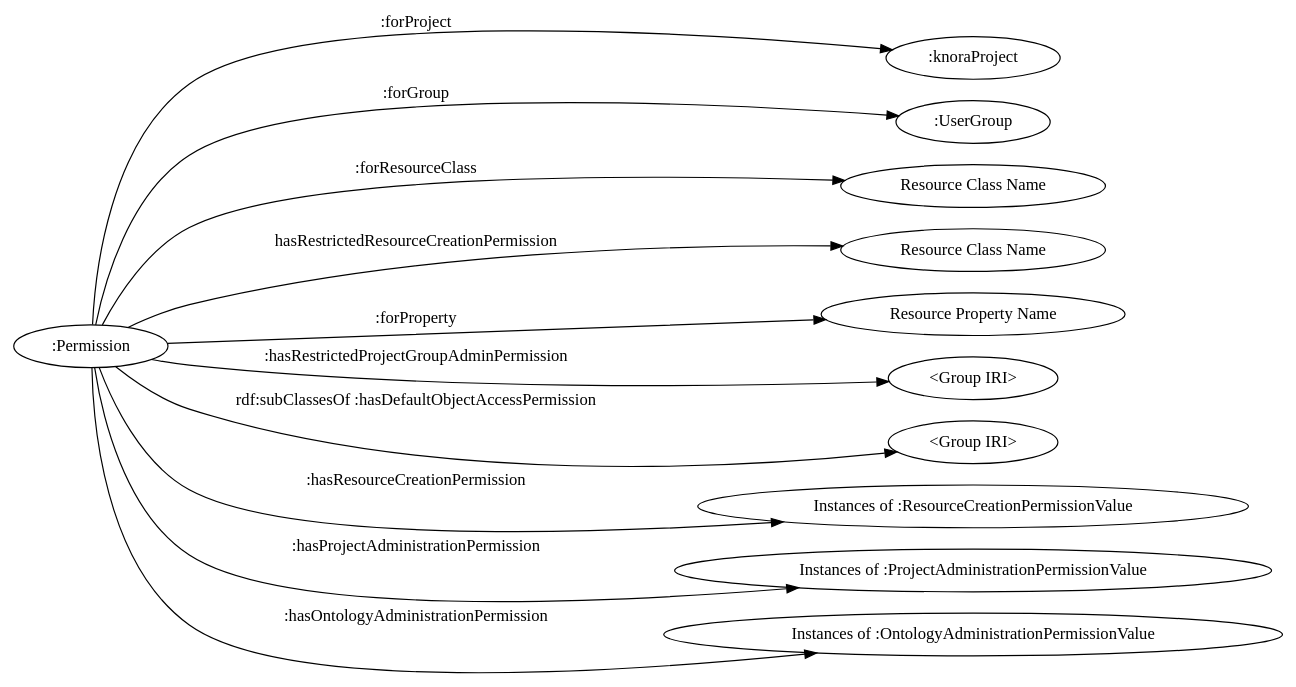
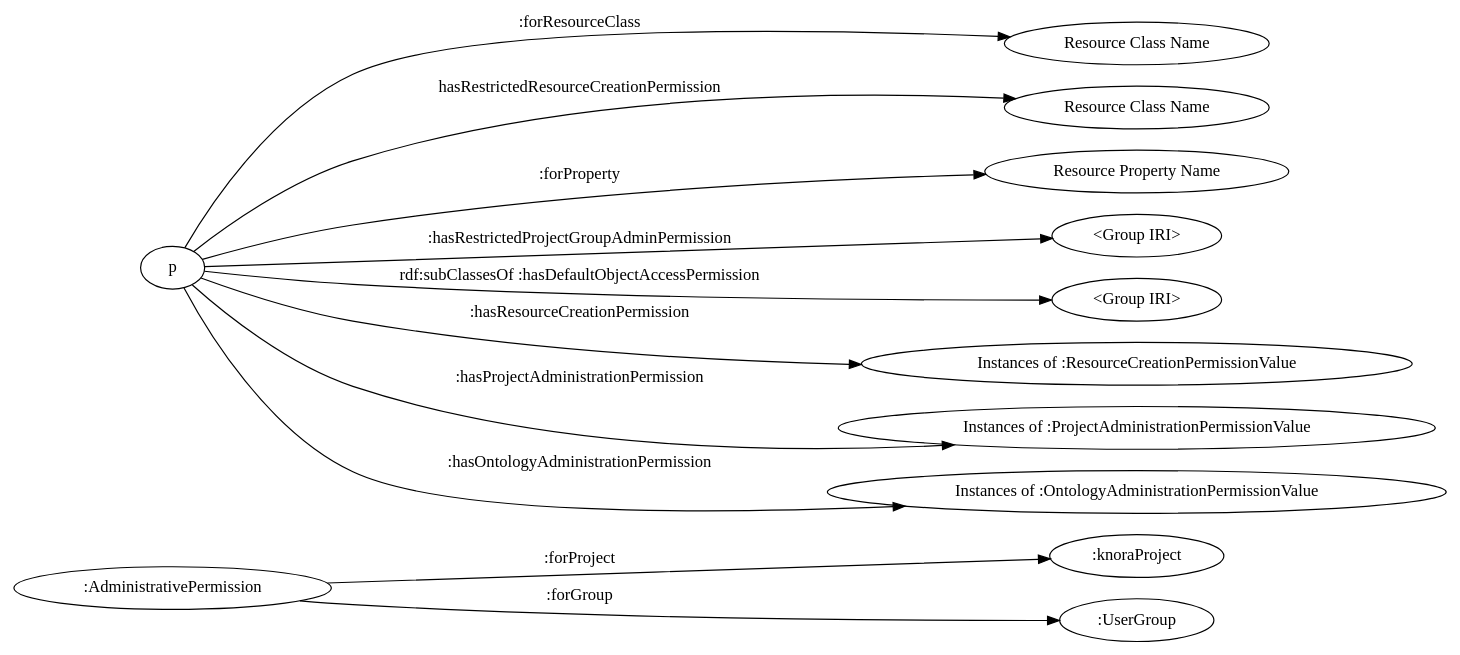
Before and after one commit to dasch-swiss/dsp-api: the fourth of 7 diagrams in docs/rst/knora-api-server/design-documentation/administration.rst, drawn with Graphviz. The commit also changed other lines of this file, not shown here.

```diff
--- a/docs/rst/knora-api-server/design-documentation/administration.rst
+++ b/docs/rst/knora-api-server/design-documentation/administration.rst
@@ -388,30 +389,30 @@
 .. graphviz::
 
    digraph permissions {
      rankdir="LR"
      
-     p [label=":Permission"]
+     ap [label=":AdministrativePermission"]
      np [label=":knoraProject"]
      ug [label=":UserGroup"]
      rc1 [label="Resource Class Name"]
      rc2 [label="Resource Class Name"]
      pr [label="Resource Property Name"]
      
      g1 [label="<Group IRI>"]
      g2 [label="<Group IRI>"]
      
-     p -> np [ label=":forProject" ]
-     p -> ug [ label=":forGroup" ]
+     ap -> np [ label=":forProject" ]
+     ap -> ug [ label=":forGroup" ]
      p -> rc1 [ label=":forResourceClass" ]
      p -> pr [ label=":forProperty" ]
      
      p -> "Instances of :ResourceCreationPermissionValue" [ label=":hasResourceCreationPermission" ]
      p -> rc2 [ label="hasRestrictedResourceCreationPermission" ]
      
      p -> "Instances of :ProjectAdministrationPermissionValue" [ label=":hasProjectAdministrationPermission" ]
      p -> g1 [ label=":hasRestrictedProjectGroupAdminPermission" ]
      
      p -> "Instances of :OntologyAdministrationPermissionValue" [ label=":hasOntologyAdministrationPermission" ]
      
      p -> g2 [ label="rdf:subClassesOf :hasDefaultObjectAccessPermission"]
    }
```
